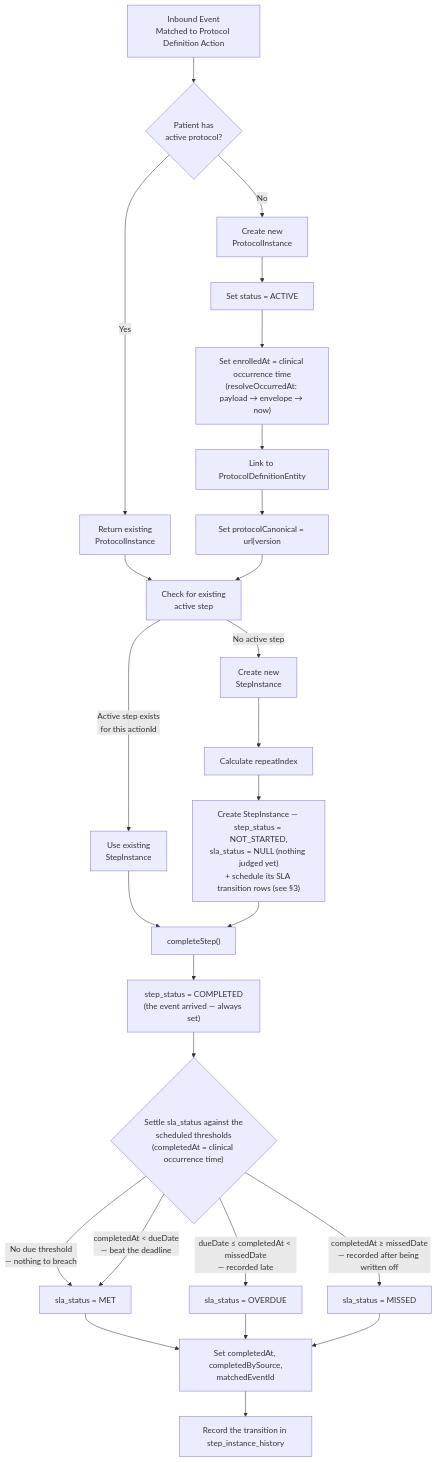
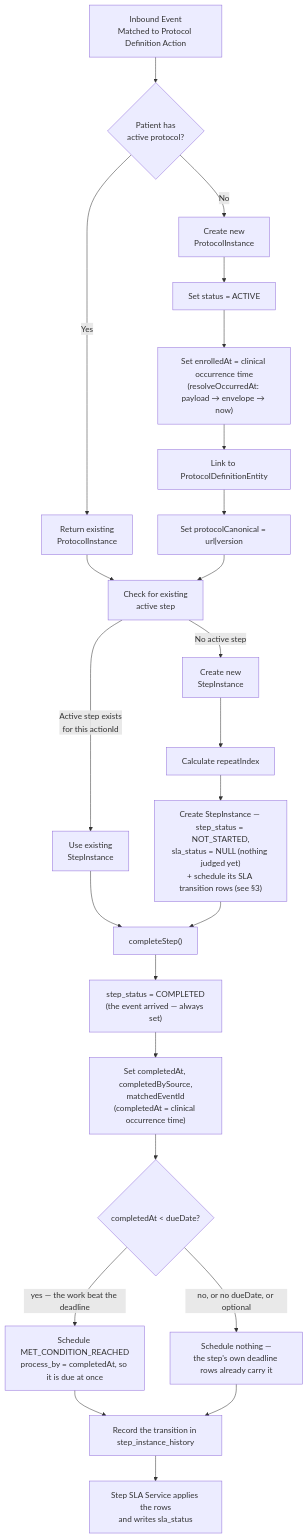
Before and after one commit to Jayaprakash8887/cce-matcher-service: the fourth of 11 diagrams in docs/flow-diagrams.md, drawn with Mermaid. The commit also changed other lines of this file and 7 other files, not shown here.

First line of the commit message:
Schedule the MET verdict when a completion beats the due date

````diff
--- a/docs/flow-diagrams.md
+++ b/docs/flow-diagrams.md
@@ -232,37 +232,35 @@
 ```mermaid
 flowchart TD
     A["Inbound Event<br/>Matched to Protocol Definition Action"] --> B{"Patient has<br/>active protocol?"}
 
     B -->|"Yes"| C["Return existing<br/>ProtocolInstance"]
     B -->|"No"| D["Create new<br/>ProtocolInstance"]
 
     D --> E["Set status = ACTIVE"]
     E --> F["Set enrolledAt = clinical occurrence time<br/>(resolveOccurredAt: payload → envelope → now)"]
     F --> G["Link to ProtocolDefinitionEntity"]
     G --> H["Set protocolCanonical = url|version"]
 
     C --> I["Check for existing<br/>active step"]
     H --> I
 
     I -->|"Active step exists<br/>for this actionId"| J["Use existing<br/>StepInstance"]
     I -->|"No active step"| K["Create new<br/>StepInstance"]
 
     K --> L["Calculate repeatIndex"]
     L --> N["Create StepInstance — step_status = NOT_STARTED,<br/>sla_status = NULL (nothing judged yet)<br/>+ schedule its SLA transition rows (see §3)"]
 
     J --> P["completeStep()"]
     N --> P
 
     P --> SS["step_status = COMPLETED<br/>(the event arrived — always set)"]
-    SS --> Q{"Settle sla_status against the<br/>scheduled thresholds<br/>(completedAt = clinical occurrence time)"}
+    SS --> W["Set completedAt, completedBySource,<br/>matchedEventId<br/>(completedAt = clinical occurrence time)"]
+    W --> Q{"completedAt &lt; dueDate?"}
 
-    Q -->|"No due threshold<br/>— nothing to breach"| MET["sla_status = MET"]
-    Q -->|"completedAt &lt; dueDate<br/>— beat the deadline"| MET
-    Q -->|"dueDate ≤ completedAt &lt; missedDate<br/>— recorded late"| OD["sla_status = OVERDUE"]
-    Q -->|"completedAt ≥ missedDate<br/>— recorded after being written off"| MI["sla_status = MISSED"]
+    Q -->|"yes — the work beat the deadline"| MET["Schedule MET_CONDITION_REACHED<br/>process_by = completedAt, so it is due at once"]
+    Q -->|"no, or no dueDate, or optional"| NONE["Schedule nothing —<br/>the step's own deadline rows already carry it"]
 
-    MET --> W["Set completedAt, completedBySource,<br/>matchedEventId"]
-    OD --> W
-    MI --> W
-    W --> X["Record the transition in step_instance_history"]
+    MET --> X["Record the transition in step_instance_history"]
+    NONE --> X
+    X --> Y["Step SLA Service applies the rows<br/>and writes sla_status"]
 ```
````
